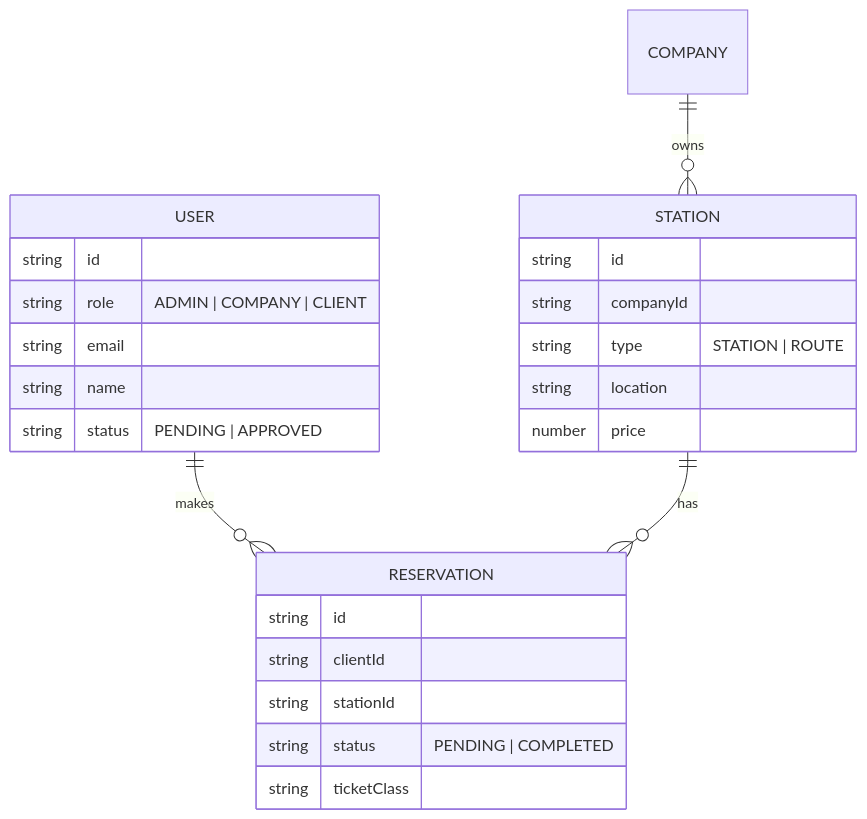
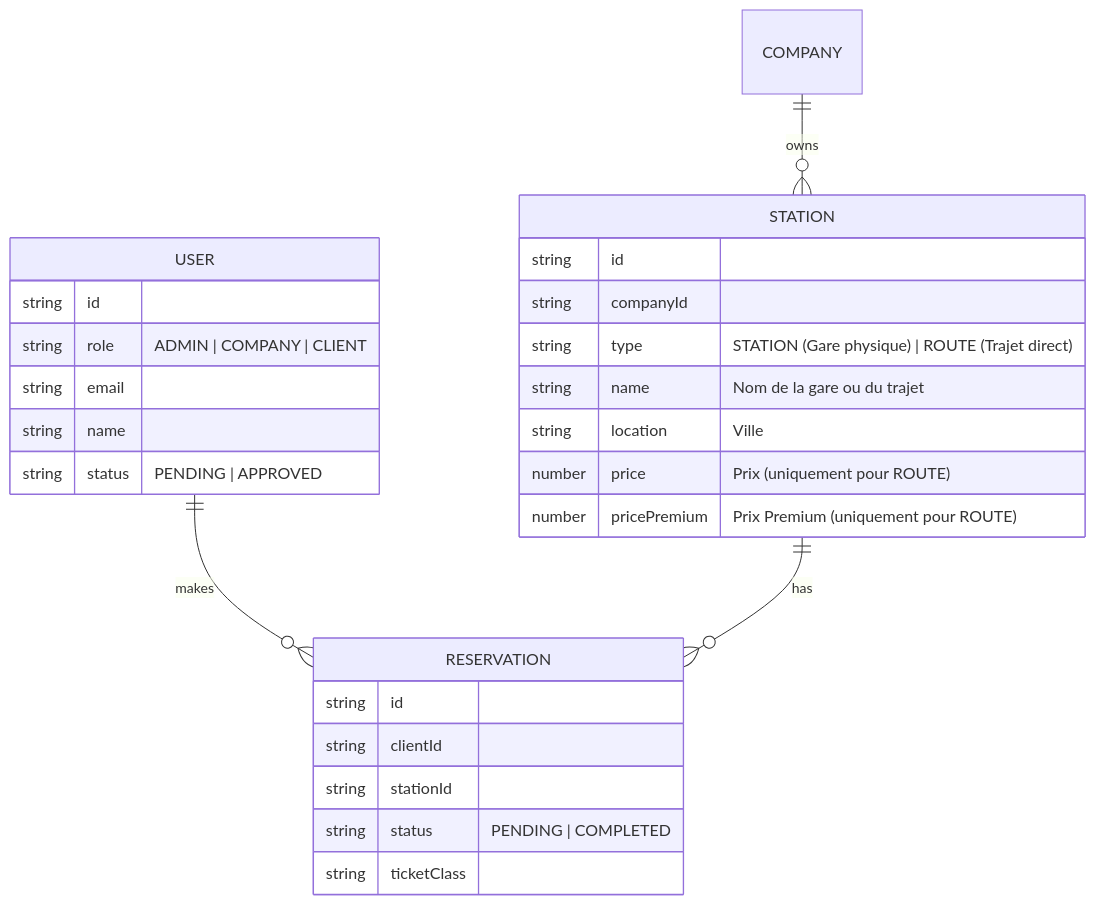
One commit to REBCDR07/VoyageBj changed the second of 2 diagrams in docs/ARCHITECTURE.md. Above: the diagram before and after it, drawn with Mermaid. The commit also changed 12 other files, not shown here.

````diff
--- a/docs/ARCHITECTURE.md
+++ b/docs/ARCHITECTURE.md
@@ -94,30 +94,32 @@
 ```mermaid
 erDiagram
     USER ||--o{ RESERVATION : makes
     COMPANY ||--o{ STATION : owns
     STATION ||--o{ RESERVATION : has
     
     USER {
         string id
         string role "ADMIN | COMPANY | CLIENT"
         string email
         string name
         string status "PENDING | APPROVED"
     }
 
     STATION {
         string id
         string companyId
-        string type "STATION | ROUTE"
-        string location
-        number price
+        string type "STATION (Gare physique) | ROUTE (Trajet direct)"
+        string name "Nom de la gare ou du trajet"
+        string location "Ville"
+        number price "Prix (uniquement pour ROUTE)"
+        number pricePremium "Prix Premium (uniquement pour ROUTE)"
     }
 
     RESERVATION {
         string id
         string clientId
         string stationId
         string status "PENDING | COMPLETED"
         string ticketClass
     }
 ```
````
